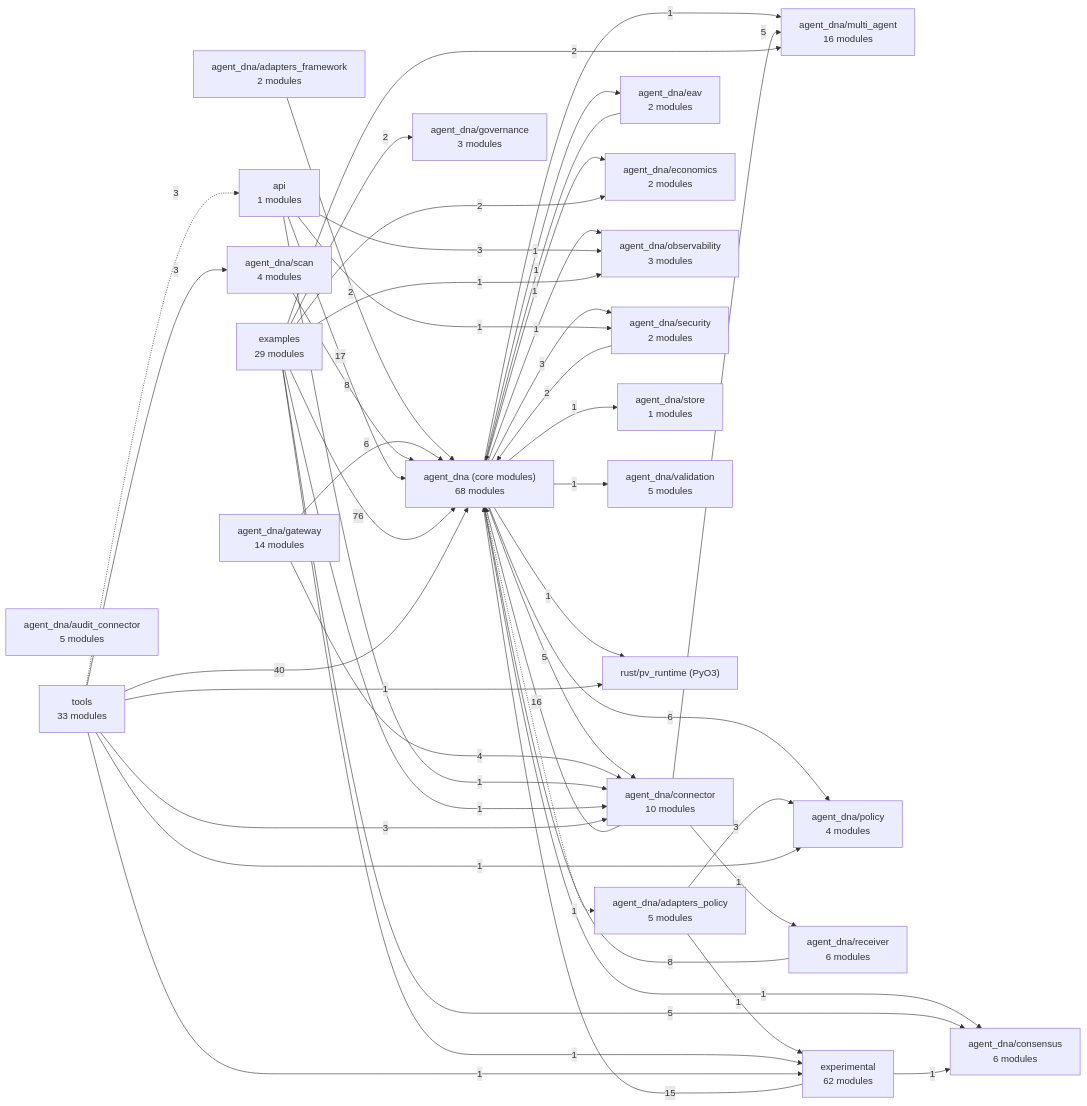
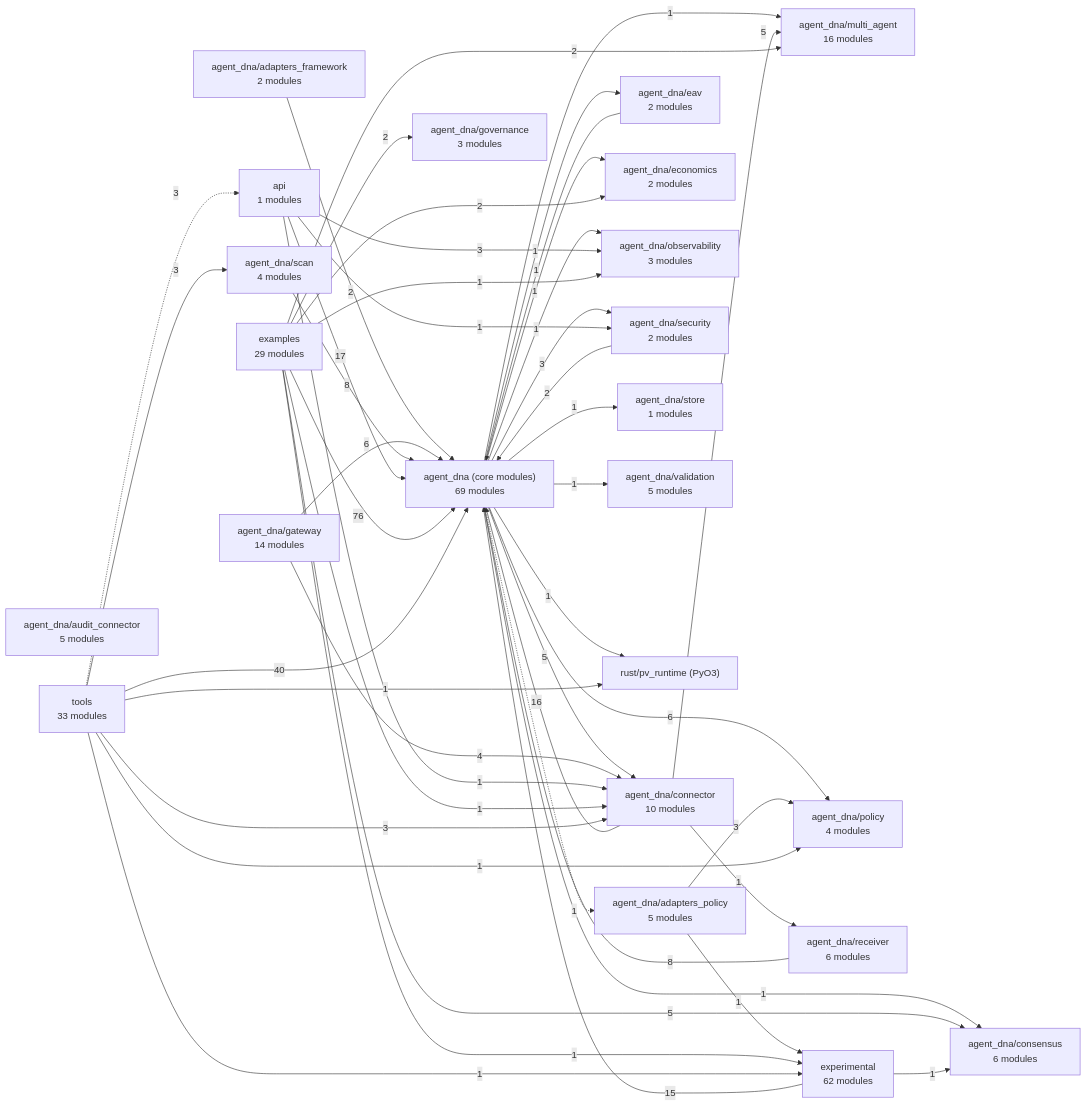
Before and after one commit to LOLA0786/privatevault-agent-dna: the diagram in docs/architecture/MAP.md, drawn with Mermaid. The commit also changed other lines of this file and 11 other files, not shown here.

````diff
--- a/docs/architecture/MAP.md
+++ b/docs/architecture/MAP.md
@@ -7,71 +7,71 @@
 ```mermaid
 flowchart LR
-  n0["agent_dna (core modules)<br/>68 modules"]
+  n0["agent_dna (core modules)<br/>69 modules"]
   n1["agent_dna/adapters_framework<br/>2 modules"]
   n2["agent_dna/adapters_policy<br/>5 modules"]
   n3["agent_dna/audit_connector<br/>5 modules"]
   n4["agent_dna/connector<br/>10 modules"]
   n5["agent_dna/consensus<br/>6 modules"]
   n6["agent_dna/eav<br/>2 modules"]
   n7["agent_dna/economics<br/>2 modules"]
   n8["agent_dna/gateway<br/>14 modules"]
   n9["agent_dna/governance<br/>3 modules"]
   n10["agent_dna/multi_agent<br/>16 modules"]
   n11["agent_dna/observability<br/>3 modules"]
   n12["agent_dna/policy<br/>4 modules"]
   n13["agent_dna/receiver<br/>6 modules"]
   n14["agent_dna/scan<br/>4 modules"]
   n15["agent_dna/security<br/>2 modules"]
   n16["agent_dna/store<br/>1 modules"]
   n17["agent_dna/validation<br/>5 modules"]
   n18["api<br/>1 modules"]
   n19["examples<br/>29 modules"]
   n20["experimental<br/>62 modules"]
   n21["rust/pv_runtime (PyO3)"]
   n22["tools<br/>33 modules"]
   n0 -.->|1| n2
   n0 -->|5| n4
   n0 -->|1| n5
   n0 -->|1| n6
   n0 -->|1| n7
   n0 -->|1| n10
   n0 -->|1| n11
   n0 -->|6| n12
   n0 -->|3| n15
   n0 -->|1| n16
   n0 -->|1| n17
   n0 -->|1| n21
   n1 -->|2| n0
   n2 -->|3| n12
   n2 -->|1| n20
   n4 -->|16| n0
   n4 -->|5| n10
   n4 -->|1| n13
   n6 -->|1| n0
   n8 -->|6| n0
   n8 -->|4| n4
   n13 -->|8| n0
   n14 -->|8| n0
   n15 -->|2| n0
   n18 -->|17| n0
   n18 -->|1| n4
   n18 -->|3| n11
   n18 -->|1| n15
   n19 -->|76| n0
   n19 -->|1| n4
   n19 -->|5| n5
   n19 -->|2| n7
   n19 -->|2| n9
   n19 -->|2| n10
   n19 -->|1| n11
   n19 -->|1| n20
   n20 -->|15| n0
   n20 -->|1| n5
   n22 -->|40| n0
   n22 -->|3| n4
   n22 -->|1| n12
   n22 -->|3| n14
   n22 -.->|3| n18
   n22 -->|1| n20
   n22 -->|1| n21
 ```
````
